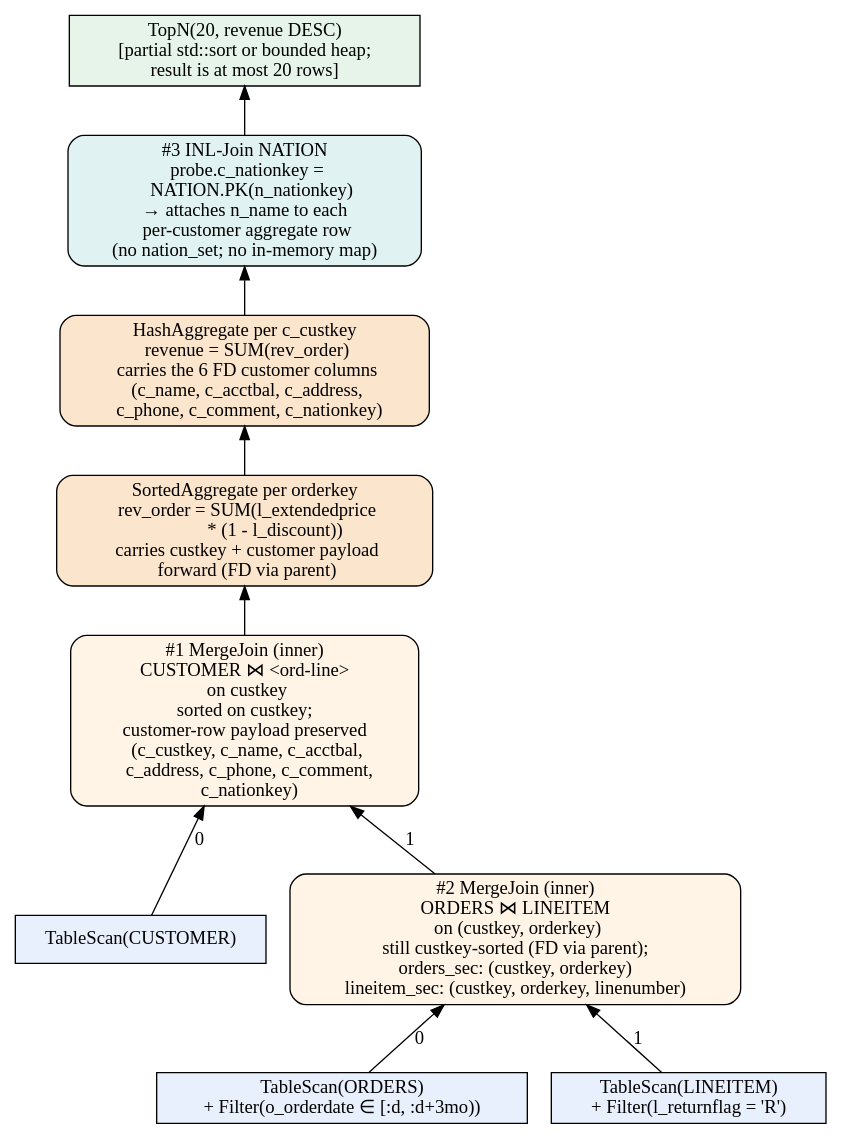
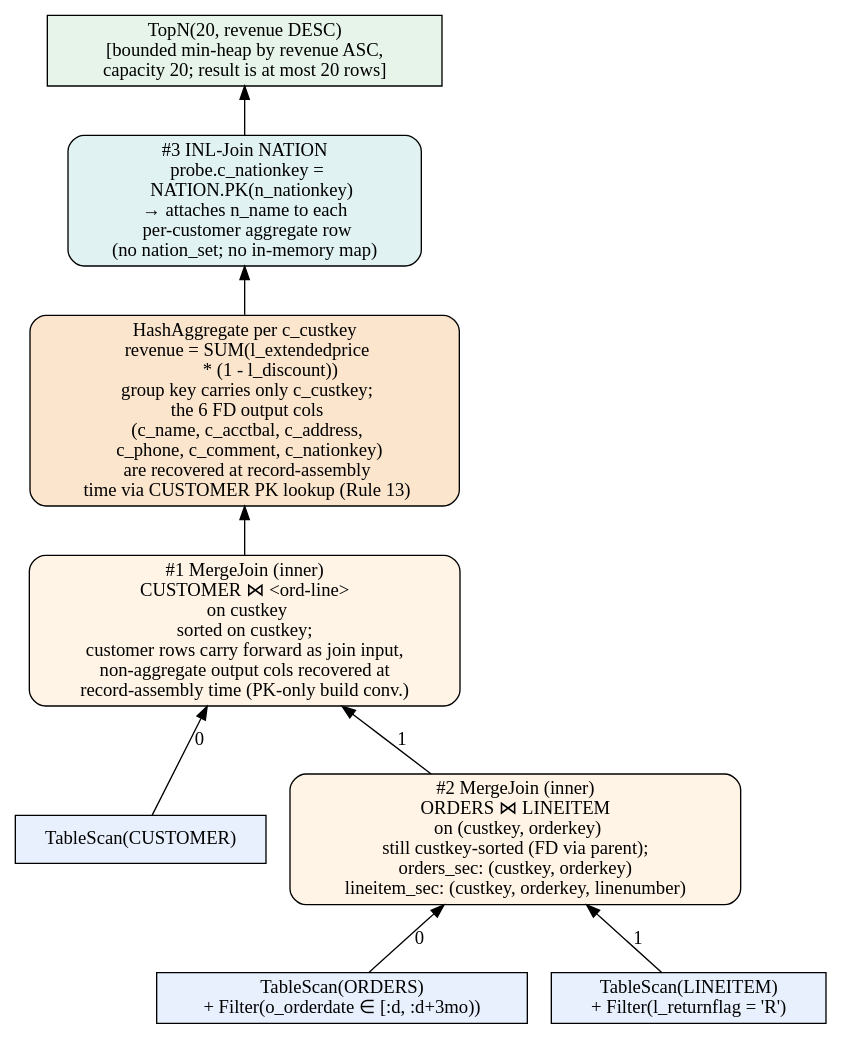
Before and after one commit to alicia-lyu/leanstore: the diagram in frontend/tpch/q10/plans/family_logical.dot, drawn with Graphviz. The commit also changed 4 other files, not shown here.

First line of the commit message:
tpch/q10: Phase 0 fixups — PK-only S4 builds + S2-anomaly framing

```diff
--- a/frontend/tpch/q10/plans/family_logical.dot
+++ b/frontend/tpch/q10/plans/family_logical.dot
@@ -1,108 +1,127 @@
 // Q10 family logical plan — shared by S1, S2, S3.
 //
 // Departs from Calcite's vanilla Q10 plan in two ways, mirroring Q3 /
 // Q5's COL-family treatment:
 //
 //   1. Pipeline sort key is CUSTKEY, not ORDERKEY. ORDERS and
 //      LINEITEM secondaries are extended with the custkey FD (orders
 //      key `(custkey, orderkey)`, lineitem key
 //      `(custkey, orderkey, linenumber)`) so the COL MI's natural
 //      sort key is custkey. Per OPERATORS.md §1, the family logical
 //      plan must match the COL MI's natural sort key.
 //
 //   2. NATION attaches as an **index nested-loop join** (Rule 13),
 //      not as an in-memory dimension subtree. Q10 has no filter on
 //      NATION (no region clause), so a nation_set hashset would be
 //      degenerate (all 25 rows). Across all four storage structures,
 //      `n_name` is resolved by a per-customer point lookup on the
 //      NATION primary index at emit time. There is no nation_set,
-//      no nation_name_map, no pre-materialised name array. (See
-//      memory `feedback-nation-lookup-pattern` — newer Q-family
-//      docs do not import Q5's `nation_name_map` framing.)
+//      no nation_name_map, no pre-materialised name array.
 //
 // The chain itself is identical in shape to Q3 / Q5: customer ×
 // orders × lineitem in custkey-byte-lex order. Filter pushdown:
 //
 //   • o_orderdate ∈ [:d, :d + 3mo)  → fused with TableScan(ORDERS)
 //   • l_returnflag = 'R'            → fused with TableScan(LINEITEM)
-//   • l_extendedprice * (1 - l_discount) → per-lineitem accumulator
 //
 // FILTER PUSHDOWN: every parameterised filter is pushed as far down
 // as possible, stopping ONLY at secondary structures. The COL MI,
 // COL secondaries, and pipeline view are all loaded UNFILTERED.
 // Neither the orderdate window (parameterised) nor `l_returnflag`
 // (spec-hardcoded but kept live for view reusability across the
 // hypothetical Q10-without-returns variant) is baked into any
 // secondary; predicate hoisting per PLAYBOOK §3.5 step 7.
 //
-// AGGREGATION SHAPE (Decision D4): the GROUP BY key is c_custkey
-// plus 7 functionally-dependent customer/nation columns. Because
-// `o_orderdate` is hoisted out of any secondary and applies at
-// **order** granularity, the post-pipeline operator chain MUST roll
-// lineitems up to per-order revenue first, then prune orders by the
-// orderdate filter, then roll qualifying orders up to per-customer
-// revenue. Per-customer SUM cannot precede the orderdate filter
-// without contaminating customers with out-of-window orders. (In
-// S3 the per-order step is degenerate — the walker only admits
-// lineitems for orders that already passed `on_order` — so the
-// physical plan collapses the two SUMs into one accumulator. In
-// S1/S2/S4 the per-order step is materialised.)
+// AGGREGATION SHAPE: the shared family logical plan rolls revenue up
+// **directly per c_custkey** in a single HashAggregate. The 6 other
+// GROUP BY columns (c_name, c_acctbal, c_phone, c_address,
+// c_comment, n_name — the last resolved via NATION INL) are FD on
+// c_custkey and ride along on the aggregate row. This shape is the
+// shared logical contract across S1 / S2 / S3.
+//
+//   S2-only anomaly — intermediate per-orderkey partial aggregate.
+//   Because S2 hoists `o_orderdate` out of the view (the view loads
+//   unfiltered) and the orderdate filter applies at *order*
+//   granularity, S2's view-scan plan inserts a per-orderkey partial
+//   SUM between the view scan and the per-customer SUM:
+//     view scan → returnflag filter → SUM-per-orderkey →
+//       filter[o_orderdate ∈ window] → SUM-per-c_custkey.
+//   This is a physical-plan necessity of S2 alone — see
+//   family_s2_anomaly comment block below — and is NOT part of the
+//   logical shared plan. S1 / S3 / S4 apply the orderdate filter
+//   inside the join chain itself, so the per-orderkey roll-up
+//   collapses into the per-customer SUM at zero cost.
 //
 // Q10 has NO sibling sub-aggregate, NO region restriction, and NO
 // supplier-side cross-equality. The MI benefit is purely §3.1.3
 // hierarchical-prefix scan locality on the COL chain. NATION is a
 // dimension lookup, not a chain participant.
 //
-// TopN(20) sits OUTSIDE the pipeline. Decision D2 (S3 only) feeds
-// the bounded sink incrementally during the walk so the per-customer
+// TopN(20) sits OUTSIDE the pipeline. S3's incremental top-20 sink
+// (D2) is fed at the on_group_end boundary so the per-customer
 // intermediate vector never materialises in full; logically the
-// shape here is unchanged.
+// TopN node is unchanged.
 
 digraph {
   rankdir=BT;
 
   // Logical joins (Rule 12):
   //   #1 CUSTOMER ⋈ ORDERS   on c_custkey  = o_custkey
   //   #2 ORDERS   ⋈ LINEITEM on o_orderkey = l_orderkey
   //   #3 CUSTOMER ⋈ NATION   on c_nationkey = n_nationkey
   //      — lowered to per-customer INL on NATION PK (Rule 13)
 
   // ─────────── Inside pipeline (custkey-sorted chain) ───────────
   s_cust [label="TableScan(CUSTOMER)",
           shape=box, style=filled, fillcolor="#E8F0FE"];
   s_ord  [label="TableScan(ORDERS)\n+ Filter(o_orderdate ∈ [:d, :d+3mo))",
           shape=box, style=filled, fillcolor="#E8F0FE"];
   s_lin  [label="TableScan(LINEITEM)\n+ Filter(l_returnflag = 'R')",
           shape=box, style=filled, fillcolor="#E8F0FE"];
 
   joinB [label="#2 MergeJoin (inner)\nORDERS ⋈ LINEITEM\n  on (custkey, orderkey)\nstill custkey-sorted (FD via parent);\norders_sec: (custkey, orderkey)\nlineitem_sec: (custkey, orderkey, linenumber)",
          shape=box, style="filled,rounded", fillcolor="#FFF4E5"];
-  joinA [label="#1 MergeJoin (inner)\nCUSTOMER ⋈ <ord-line>\n  on custkey\nsorted on custkey;\ncustomer-row payload preserved\n  (c_custkey, c_name, c_acctbal,\n   c_address, c_phone, c_comment,\n   c_nationkey)",
+  joinA [label="#1 MergeJoin (inner)\nCUSTOMER ⋈ <ord-line>\n  on custkey\nsorted on custkey;\ncustomer rows carry forward as join input,\nnon-aggregate output cols recovered at\nrecord-assembly time (PK-only build conv.)",
          shape=box, style="filled,rounded", fillcolor="#FFF4E5"];
 
-  // ─────────── Per-order then per-customer aggregation (D4) ───────────
-  agg_o [label="SortedAggregate per orderkey\n  rev_order = SUM(l_extendedprice\n              * (1 - l_discount))\n  carries custkey + customer payload\n  forward (FD via parent)",
-         shape=box, style="filled,rounded", fillcolor="#FCE5CD"];
-  agg_c [label="HashAggregate per c_custkey\n  revenue = SUM(rev_order)\n  carries the 6 FD customer columns\n  (c_name, c_acctbal, c_address,\n   c_phone, c_comment, c_nationkey)",
+  // ─────────── Per-customer aggregation (single HashAggregate) ───────────
+  agg_c [label="HashAggregate per c_custkey\n  revenue = SUM(l_extendedprice\n            * (1 - l_discount))\n  group key carries only c_custkey;\n  the 6 FD output cols\n  (c_name, c_acctbal, c_address,\n   c_phone, c_comment, c_nationkey)\n  are recovered at record-assembly\n  time via CUSTOMER PK lookup (Rule 13)",
          shape=box, style="filled,rounded", fillcolor="#FCE5CD"];
 
-  // ─────────── NATION attachment: INL on PK (D6) ───────────
+  // ─────────── NATION attachment: INL on PK at record assembly ───────────
   inl_n [label="#3 INL-Join NATION\n  probe.c_nationkey =\n    NATION.PK(n_nationkey)\n→ attaches n_name to each\n  per-customer aggregate row\n(no nation_set; no in-memory map)",
          shape=box, style="filled,rounded", fillcolor="#E0F2F1"];
 
-  topn [label="TopN(20, revenue DESC)\n[partial std::sort or bounded heap;\n result is at most 20 rows]",
+  topn [label="TopN(20, revenue DESC)\n[bounded min-heap by revenue ASC,\n capacity 20; result is at most 20 rows]",
         shape=box, style=filled, fillcolor="#E6F4EA"];
 
   // ─────────── Edges (chain) ───────────
   s_ord  -> joinB [label="0"];
   s_lin  -> joinB [label="1"];
 
   s_cust -> joinA [label="0"];
   joinB  -> joinA [label="1"];
 
-  joinA -> agg_o;
-  agg_o -> agg_c;
+  joinA -> agg_c;
   agg_c -> inl_n;
   inl_n -> topn;
 
+  // ─────────── S2-only anomaly note ───────────
+  // S2 cannot apply o_orderdate inside the join chain — the view is
+  // loaded unfiltered (predicate hoisting). The orderdate filter
+  // therefore fires above the view scan, at order granularity, which
+  // forces an intermediate per-orderkey SUM before the per-custkey
+  // SUM:
+  //
+  //     view scan(q10_pipeline_view_t)
+  //       → Filter(l_returnflag = 'R')
+  //       → SUM-per-orderkey  (carries c_custkey forward as FD)
+  //       → Filter(o_orderdate ∈ [:d, :d+3mo))
+  //       → HashAggregate per c_custkey
+  //       → (joins back into agg_c above)
+  //
+  // S1 / S3 / S4 apply the orderdate filter inside the join chain
+  // (the walker / merge-join / hash-probe sees o_orderdate per
+  // qualifying order) so no intermediate per-orderkey SUM exists.
+  // The anomaly is purely an S2 physical-plan artefact.
 }
```
